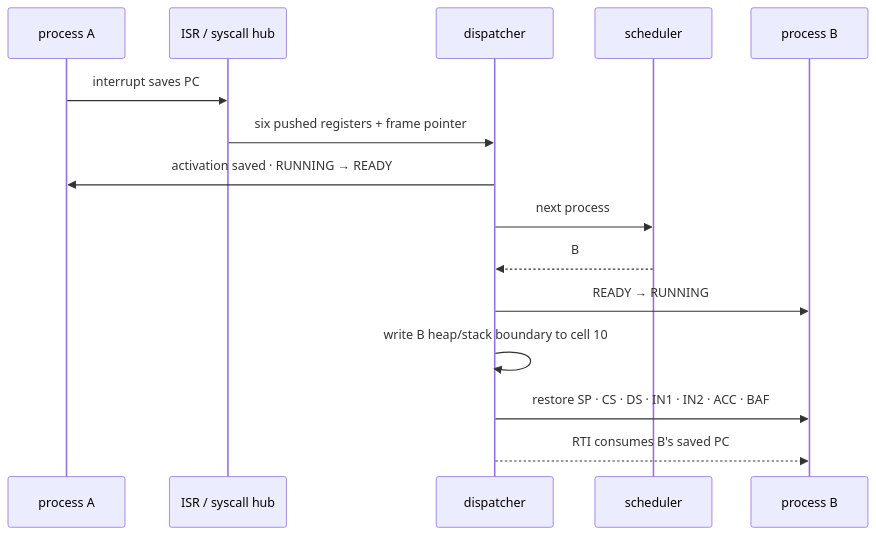
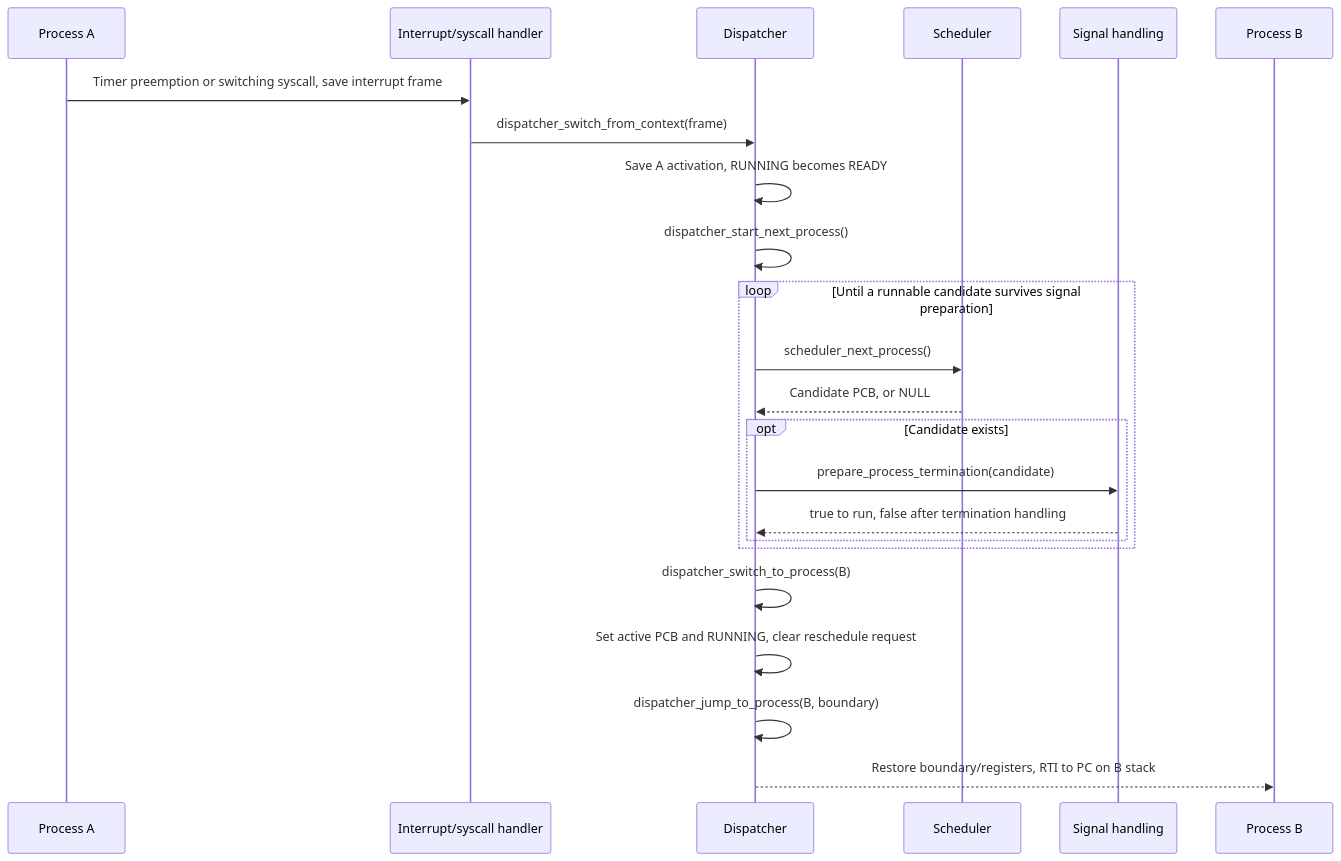
Before and after one commit to matthejue/Pico-OS_Presentation: diagram 19 of 32 in slides.md, drawn with Mermaid. The commit also changed other lines of this file and 10 other files, not shown here.

Commit message:
updated the PicoOS presentation to follow the refreshed README structure and content Added visual zoom support, Mermaid rendering, presentation validation, and source review documentation Refreshed presentation styling, metadata, source snapshots, and contributor instructions

````diff
--- a/slides.md
+++ b/slides.md
@@ -1255,17 +2424,26 @@
-```mermaid {scale:0.78}
+```mermaid
 sequenceDiagram
-    participant A as process A
-    participant I as ISR / syscall hub
-    participant D as dispatcher
-    participant S as scheduler
-    participant B as process B
-    A->>I: interrupt saves PC
-    I->>D: six pushed registers + frame pointer
-    D->>A: activation saved · RUNNING → READY
-    D->>S: next process
-    S-->>D: B
-    D->>B: READY → RUNNING
-    D->>D: write B heap/stack boundary to cell 10
-    D->>B: restore SP · CS · DS · IN1 · IN2 · ACC · BAF
-    D-->>B: RTI consumes B's saved PC
+    participant A as Process A
+    participant I as Interrupt/syscall handler
+    participant D as Dispatcher
+    participant S as Scheduler
+    participant G as Signal handling
+    participant B as Process B
+
+    A->>I: Timer preemption or switching syscall, save interrupt frame
+    I->>D: dispatcher_switch_from_context(frame)
+    D->>D: Save A activation, RUNNING becomes READY
+    D->>D: dispatcher_start_next_process()
+    loop Until a runnable candidate survives signal preparation
+        D->>S: scheduler_next_process()
+        S-->>D: Candidate PCB, or NULL
+        opt Candidate exists
+            D->>G: prepare_process_termination(candidate)
+            G-->>D: true to run, false after termination handling
+        end
+    end
+    D->>D: dispatcher_switch_to_process(B)
+    D->>D: Set active PCB and RUNNING, clear reschedule request
+    D->>D: dispatcher_jump_to_process(B, boundary)
+    D-->>B: Restore boundary/registers, RTI to PC on B stack
 ```
````
